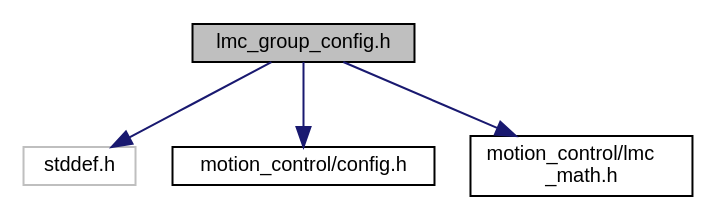
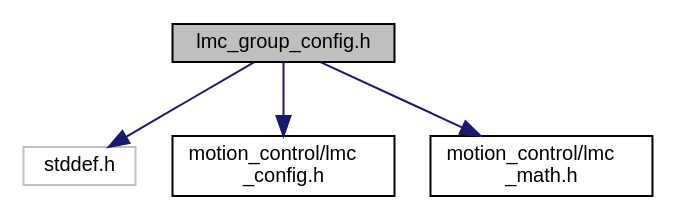
The diagram in lmc__group__config_8h__incl.dot (lebai-robotics/lmc_output), drawn with Graphviz before and after one commit. The commit also changed 165 other files, not shown here.

```diff
--- a/lmc__group__config_8h__incl.dot
+++ b/lmc__group__config_8h__incl.dot
@@ -1,12 +1,12 @@
 digraph "lmc_group_config.h"
 {
   edge [fontname="Helvetica",fontsize="10",labelfontname="Helvetica",labelfontsize="10"];
   node [fontname="Helvetica",fontsize="10",shape=record];
   Node1 [label="lmc_group_config.h",height=0.2,width=0.4,color="black", fillcolor="grey75", style="filled", fontcolor="black"];
   Node1 -> Node2 [color="midnightblue",fontsize="10",style="solid",fontname="Helvetica"];
   Node2 [label="stddef.h",height=0.2,width=0.4,color="grey75", fillcolor="white", style="filled"];
   Node1 -> Node3 [color="midnightblue",fontsize="10",style="solid",fontname="Helvetica"];
-  Node3 [label="motion_control/config.h",height=0.2,width=0.4,color="black", fillcolor="white", style="filled",URL="$config_8h.html",tooltip="Global configuration macro. "];
+  Node3 [label="motion_control/lmc\l_config.h",height=0.2,width=0.4,color="black", fillcolor="white", style="filled",URL="$lmc__config_8h.html",tooltip="Global configuration macro. "];
   Node1 -> Node4 [color="midnightblue",fontsize="10",style="solid",fontname="Helvetica"];
   Node4 [label="motion_control/lmc\l_math.h",height=0.2,width=0.4,color="black", fillcolor="white", style="filled",URL="$lmc__math_8h.html",tooltip="Basic math data structure definitions and functions. "];
 }
```
